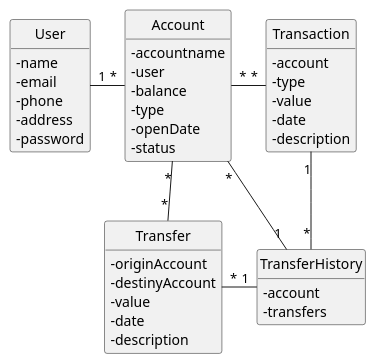
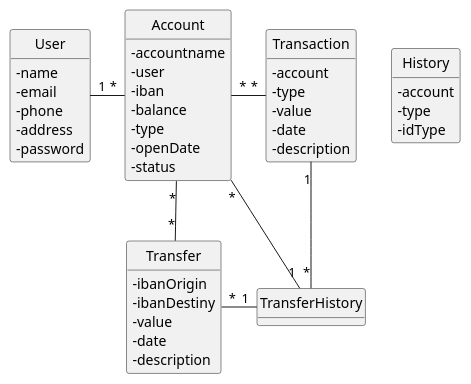
Before and after one commit to mpoboas/natwise: the diagram in docs/DomainModel.puml, drawn with PlantUML. The commit also changed 3 other files, not shown here.

```diff
--- a/docs/DomainModel.puml
+++ b/docs/DomainModel.puml
@@ -1,52 +1,54 @@
 @startuml DomainModel
 'https://plantuml.com/class-diagram
 skinparam classAttributeIconSize 0
 hide circle
 hide methods
 
 class User {
     - name
     - email 
     - phone
     - address
     - password
 }
 
 class Account {
     - accountname
     - user
+    - iban
     - balance
     - type
     - openDate
     - status
 }
 
 class Transfer {
-    - originAccount
-    - destinyAccount
+    - ibanOrigin
+    - ibanDestiny
     - value
     - date
     - description
 }
 
 class Transaction {
     - account
     - type
     - value
     - date
     - description
 }
 
-class TransferHistory {
+class History {
     - account
-    - transfers
+    - type
+    - idType
 }
 
 User "1"-"*" Account
 Account "*"-"*" Transfer
 Account "*"-"1" TransferHistory
 Transfer "*"-"1" TransferHistory
 Account "*"-"*" Transaction
 Transaction "1"-d-"*" TransferHistory
 
 @enduml
```
